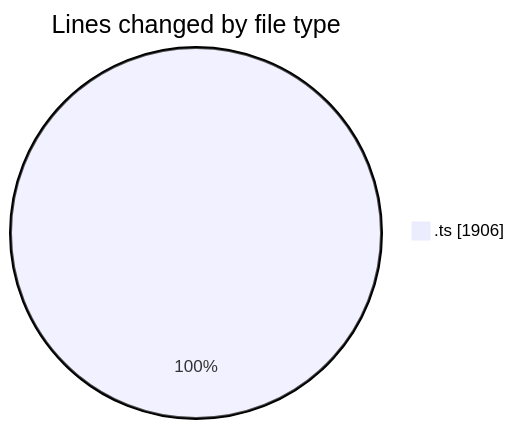
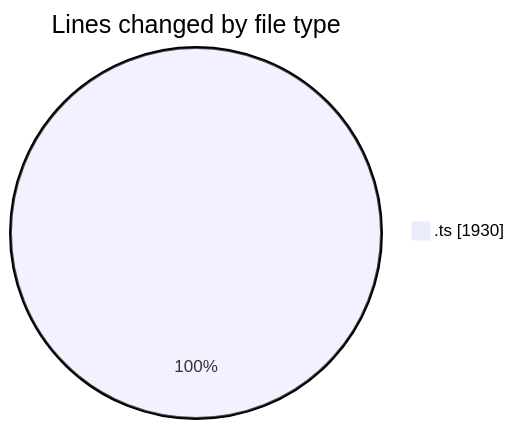
Before and after one commit to tmsrecording-cyber/code-tracking: the first of 2 diagrams in 2026-02-04/singularitybrainai/README.md, drawn with Mermaid. The commit also changed other lines of this file and 1 other file, not shown here.

````diff
--- a/2026-02-04/singularitybrainai/README.md
+++ b/2026-02-04/singularitybrainai/README.md
@@ -22,5 +22,5 @@
 ```mermaid
 pie showData
 title Lines changed by file type
-".ts" : 1906
+".ts" : 1930
 ```
````
